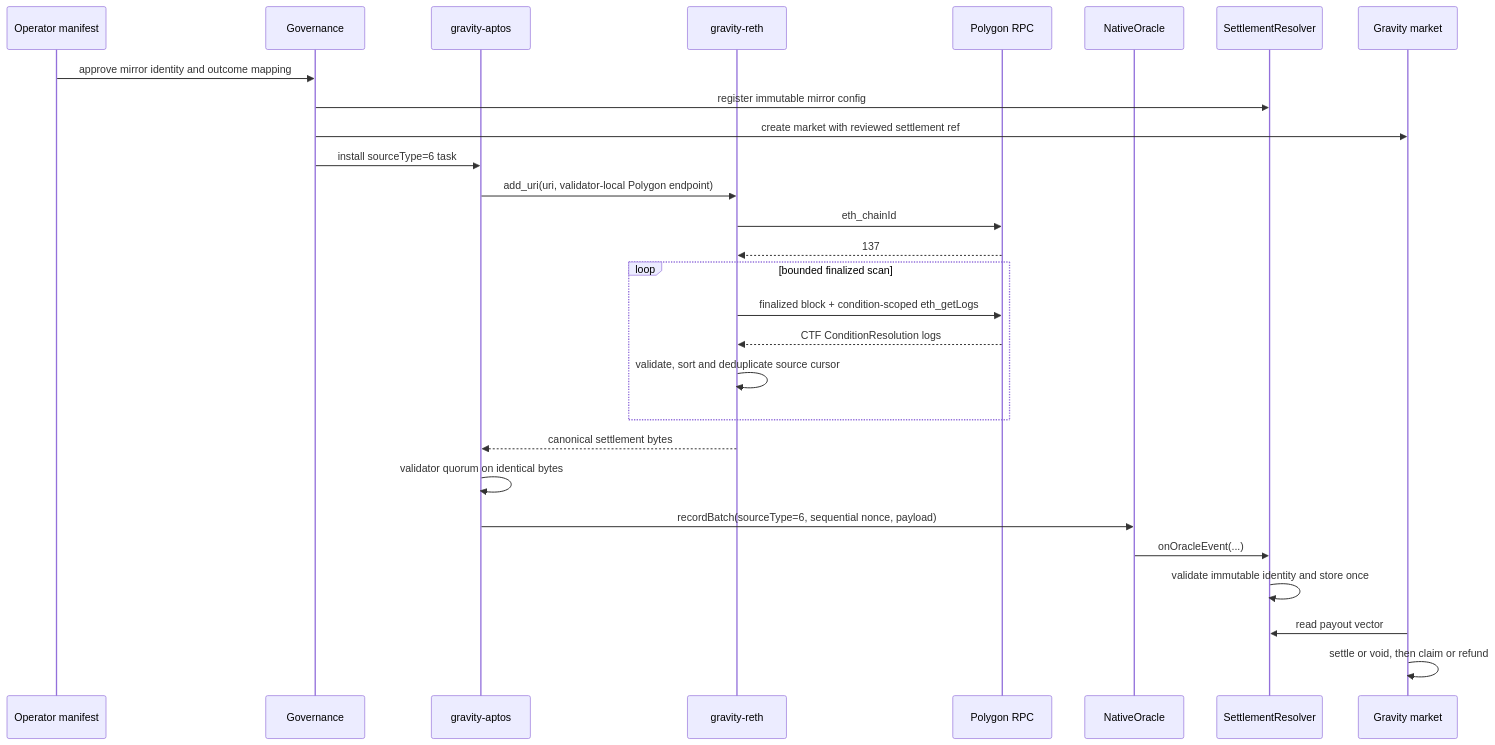
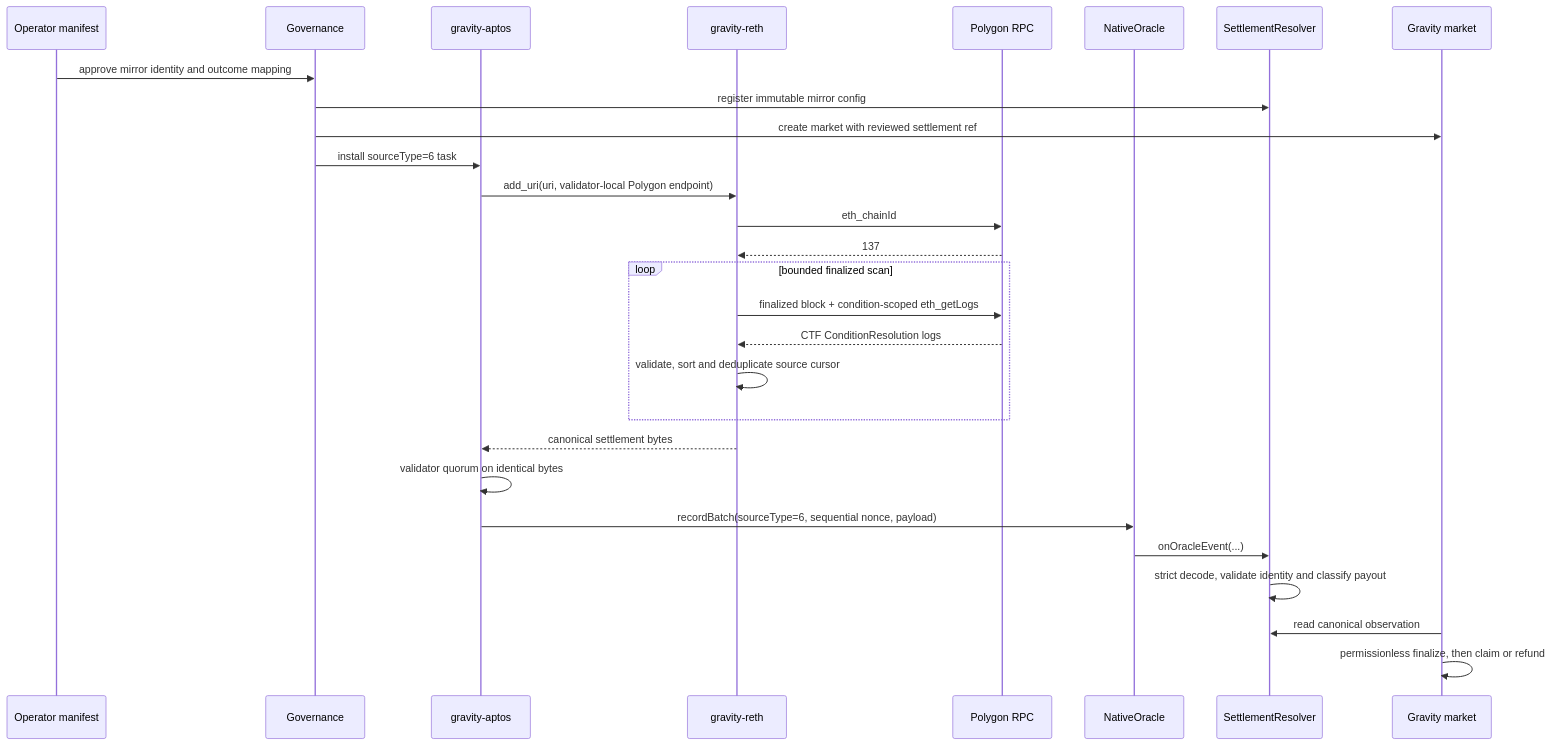
Before and after one commit to Galxe/gravity_chain_core_contracts: the third of 3 diagrams in docs/oracle_workflow.md, drawn with Mermaid. The commit also changed other lines of this file and 7 other files, not shown here.

````diff
--- a/docs/oracle_workflow.md
+++ b/docs/oracle_workflow.md
@@ -124,31 +124,31 @@
 ```mermaid
 sequenceDiagram
     participant O as Operator manifest
     participant G as Governance
     participant A as gravity-aptos
     participant R as gravity-reth
     participant X as Polygon RPC
     participant N as NativeOracle
     participant S as SettlementResolver
     participant M as Gravity market
 
     O->>G: approve mirror identity and outcome mapping
     G->>S: register immutable mirror config
     G->>M: create market with reviewed settlement ref
     G->>A: install sourceType=6 task
     A->>R: add_uri(uri, validator-local Polygon endpoint)
     R->>X: eth_chainId
     X-->>R: 137
     loop bounded finalized scan
         R->>X: finalized block + condition-scoped eth_getLogs
         X-->>R: CTF ConditionResolution logs
         R->>R: validate, sort and deduplicate source cursor
     end
     R-->>A: canonical settlement bytes
     A->>A: validator quorum on identical bytes
     A->>N: recordBatch(sourceType=6, sequential nonce, payload)
     N->>S: onOracleEvent(...)
-    S->>S: validate immutable identity and store once
-    M->>S: read payout vector
-    M->>M: settle or void, then claim or refund
+    S->>S: strict decode, validate identity and classify payout
+    M->>S: read canonical observation
+    M->>M: permissionless finalize, then claim or refund
 ```
````
